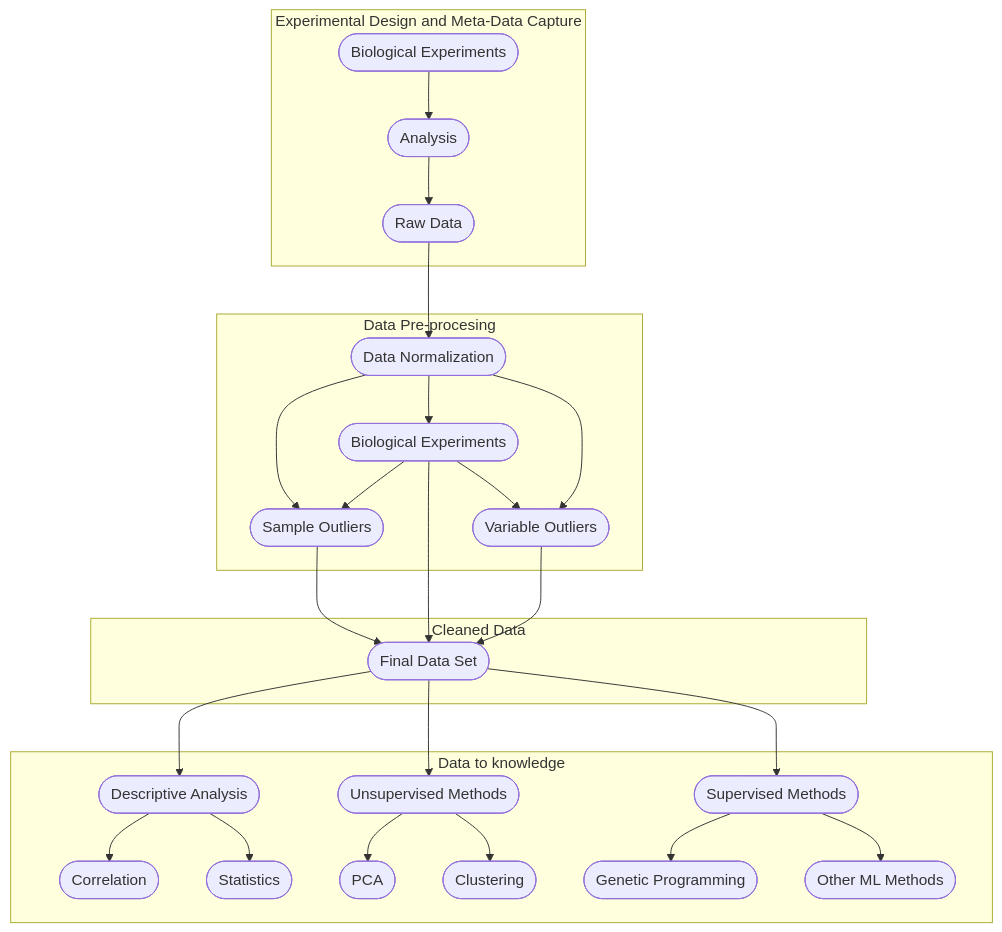
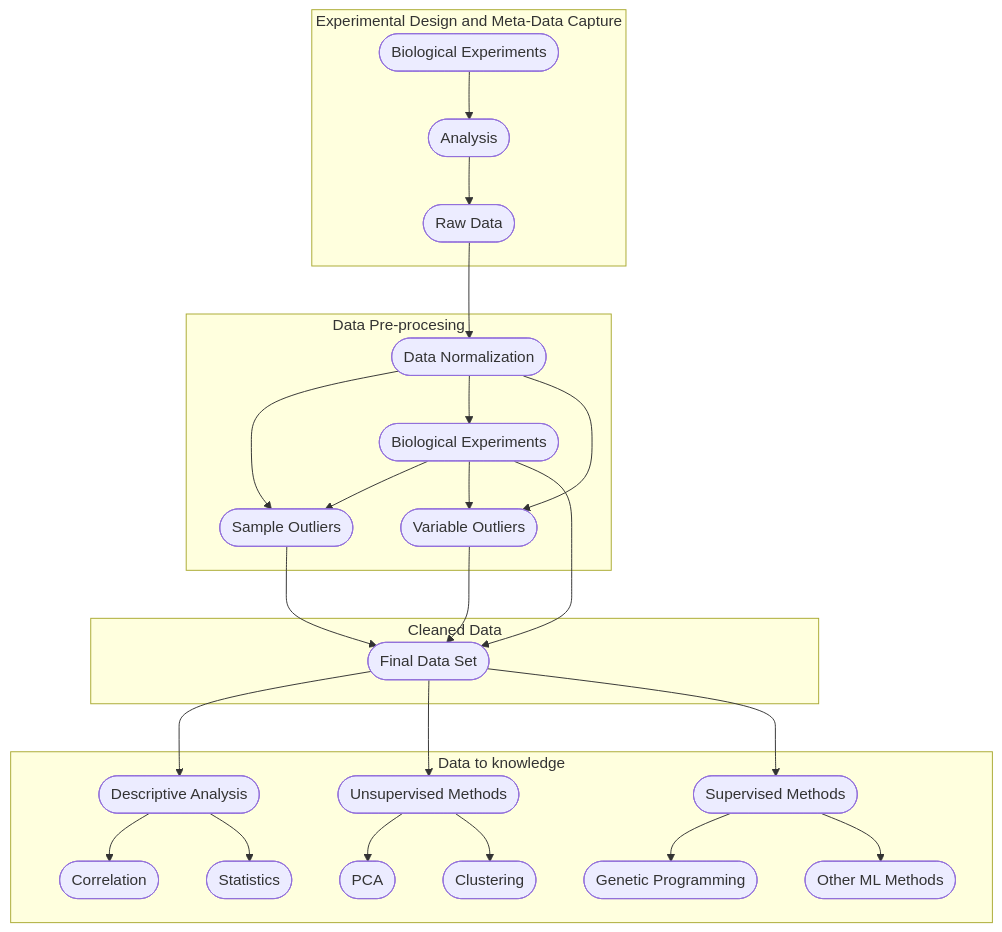
The second of 2 diagrams in README.md (imarranz/data-science-workflow-management), drawn with Mermaid before and after one commit. The commit also changed other lines of this file, not shown here.

````diff
--- a/README.md
+++ b/README.md
@@ -382,32 +387,32 @@
 ```mermaid
 flowchart TB
  subgraph D["Data to knowledge"]
    D1(["Descriptive Analysis"]) --> D11(["Correlation"])
    D1(["Descriptive Analysis"]) --> D12(["Statistics"])
    D2(["Unsupervised Methods"]) --> D21(["PCA"])
    D2(["Unsupervised Methods"]) --> D22(["Clustering"])
    D3(["Supervised Methods"]) --> D31(["Genetic Programming"])
    D3(["Supervised Methods"]) --> D32(["Other ML Methods"])
  end
  subgraph C["Cleaned Data"]
    C1(["Final Data Set"])
    C1(["Final Data Set"]) --> D1(["Descriptive Analysis"])
    C1(["Final Data Set"]) --> D2(["Unsupervised Methods"])
    C1(["Final Data Set"]) --> D3(["Supervised Methods"])
  end 
  subgraph B["Data Pre-procesing"]
    B1(["Data Normalization"]) --> B2(["Sample Outliers"])
    B1(["Data Normalization"]) --> B3(["Biological Experiments"])
    B1(["Data Normalization"]) --> B4(["Variable Outliers"])
    B3(["Biological Experiments"]) --> B2(["Sample Outliers"])
+   B3(["Biological Experiments"]) --> B4(["Variable Outliers"])
    B3(["Biological Experiments"]) --> C1(["Final Data Set"])
-   B3(["Biological Experiments"]) --> B4(["Variable Outliers"])
    B2(["Sample Outliers"]) --> C1(["Final Data Set"])
    B4(["Variable Outliers"]) --> C1(["Final Data Set"])
  end 
  subgraph A["Experimental Design and Meta-Data Capture"]
    A1(["Biological Experiments"]) --> A2(["Analysis"])
    A2(["Analysis"]) --> A3(["Raw Data"])
    A3(["Raw Data"]) --> B1(["Data Normalization"])
  end 
 ```
````
